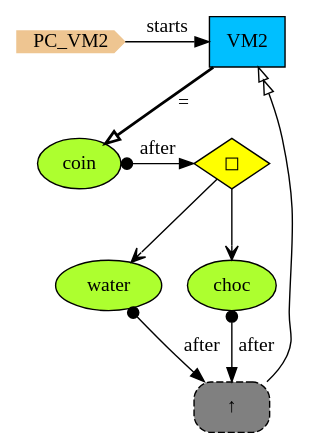
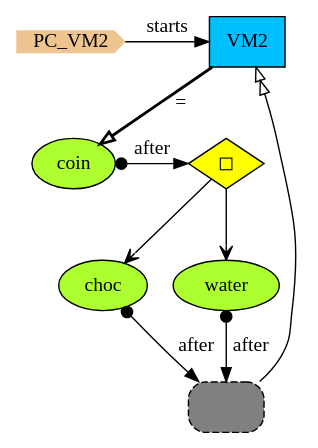
Before and after one commit to namalio/Fragmenta: the diagram in Haskell/PCs/Examples/img/PC_VM2.gv, drawn with Graphviz. The commit also changed 33 other files, not shown here.

```diff
--- a/Haskell/PCs/Examples/img/PC_VM2.gv
+++ b/Haskell/PCs/Examples/img/PC_VM2.gv
@@ -1,22 +1,23 @@
 digraph {
 
 StartN_ [shape = cds,color=burlywood2,style=filled,height=.2,width=.2, label =PC_VM2];
-VM2 [shape=box,fillcolor=deepskyblue,style = filled,label="VM2 "];
-OpChoose [shape=diamond,fillcolor=yellow,style=filled,label="◻︎"];
+
+VM2 [shape=box,fillcolor=deepskyblue,style = filled,label="VM2"];
+Op2229ce7e [shape=diamond,fillcolor=yellow,style=filled,label="◻︎"];
+choc [shape=ellipse,fillcolor=greenyellow,style=filled,label="choc"];
+Ref20286a6b [shape=rectangle,fillcolor=gray,style="rounded,filled,dashed",label=""];
 water [shape=ellipse,fillcolor=greenyellow,style=filled,label="water"];
-RefVM2 [shape=rectangle,fillcolor=gray,style="rounded,filled,dashed",label="↑ "];
-choc [shape=ellipse,fillcolor=greenyellow,style=filled,label="choc"];
 coin [shape=ellipse,fillcolor=greenyellow,style=filled,label="coin"];
 
-{rank=same;OpChoose,coin}
+{rank=same;Op2229ce7e,coin}
 {rank=same;VM2,StartN_}
 
-RefVM2->VM2[arrowhead="normalnormal",fillcolor=white,label=" "];
-choc->RefVM2[arrowtail=dot,dir=both,label="after"];
-OpChoose->choc[arrowhead="open"];
-coin->OpChoose[arrowtail=dot,dir=both,label="after"];
-OpChoose->water[arrowhead="open"];
-water->RefVM2[arrowtail=dot,dir=both,label="after"];
+Ref20286a6b->VM2[arrowhead="normalnormal",fillcolor=white,label=" "];
+water->Ref20286a6b[arrowtail=dot,dir=both,label="after"];
+Op2229ce7e->water[arrowhead="open"];
+coin->Op2229ce7e[arrowtail=dot,dir=both,label="after"];
+Op2229ce7e->choc[arrowhead="open"];
+choc->Ref20286a6b[arrowtail=dot,dir=both,label="after"];
 VM2->coin[arrowhead="onormal",penwidth=2,label="="];
 StartN_->VM2[label="starts"];
 }
```
